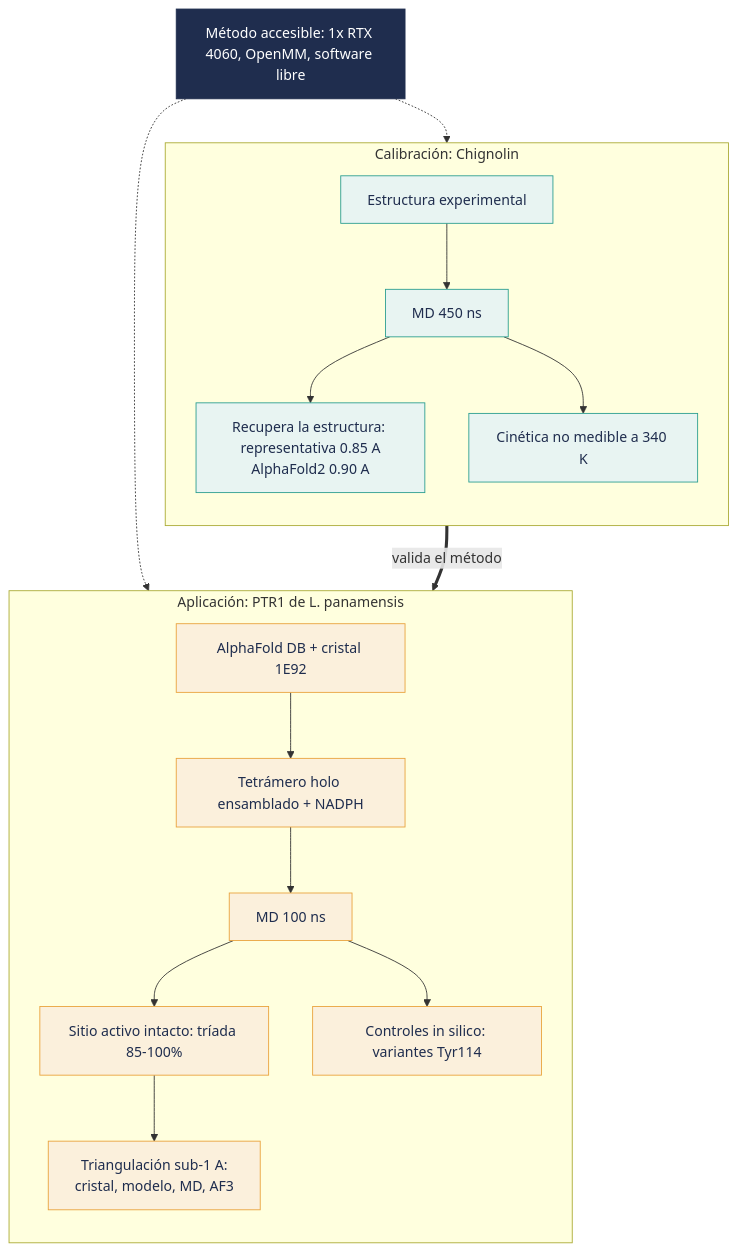
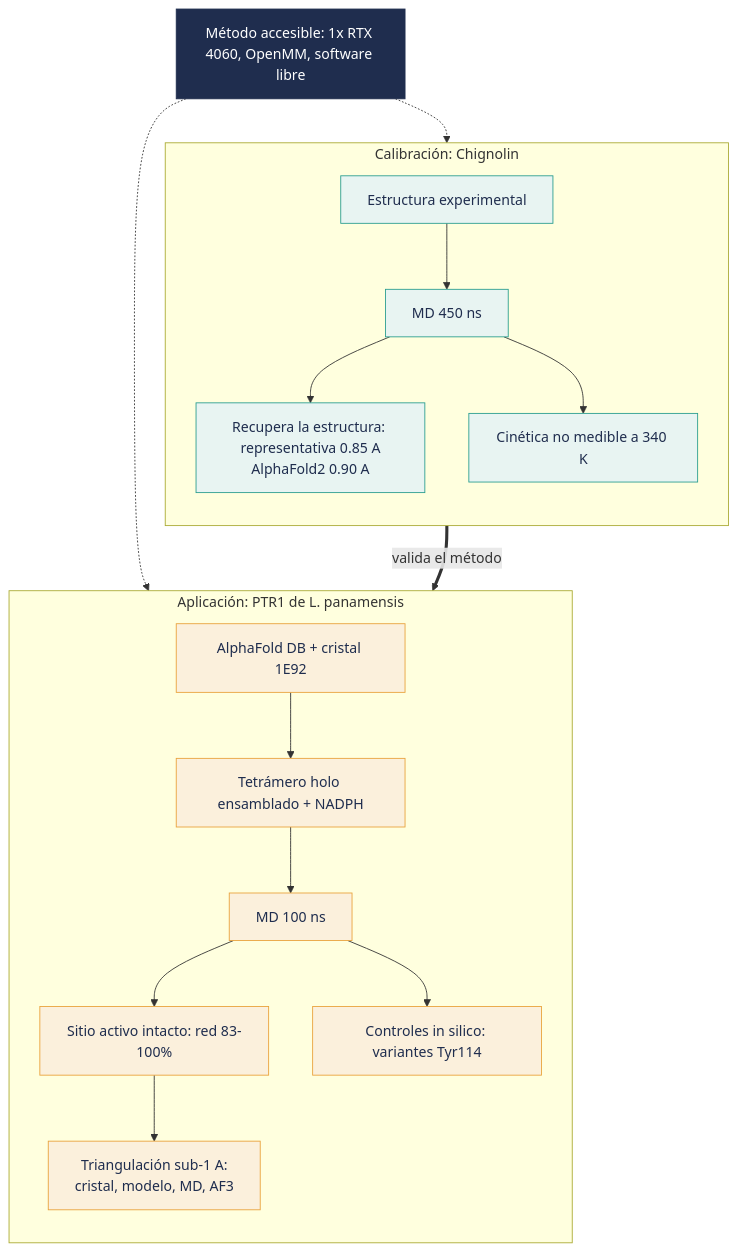
The diagram in README.md (cpu-16/ptr1-leishmania-md-gpu), drawn with Mermaid before and after one commit. The commit also changed other lines of this file, not shown here.

Commit message:
Precisa la metrica del sitio activo: red de contactos (sustrato, cofactor, Tyr194/Lys198), no la triada catalitica, ya que el Asp181 no se midio

````diff
--- a/README.md
+++ b/README.md
@@ -44,31 +44,31 @@
 ```mermaid
 flowchart TB
     MET["Método accesible: 1x RTX 4060, OpenMM, software libre"]
 
     subgraph CAL["Calibración: Chignolin"]
         direction TB
         C1["Estructura experimental"] --> C2["MD 450 ns"]
         C2 --> C3["Recupera la estructura: representativa 0.85 A<br/>AlphaFold2 0.90 A"]
         C2 --> C4["Cinética no medible a 340 K"]
     end
 
     subgraph APP["Aplicación: PTR1 de L. panamensis"]
         direction TB
         P1["AlphaFold DB + cristal 1E92"] --> P2["Tetrámero holo ensamblado + NADPH"]
         P2 --> P3["MD 100 ns"]
-        P3 --> P4["Sitio activo intacto: tríada 85-100%"]
+        P3 --> P4["Sitio activo intacto: red 83-100%"]
         P3 --> P5["Controles in silico: variantes Tyr114"]
         P4 --> P6["Triangulación sub-1 A:<br/>cristal, modelo, MD, AF3"]
     end
 
     MET -.-> CAL
     MET -.-> APP
     CAL ==>|valida el método| APP
 
     classDef cal fill:#E8F4F2,stroke:#2A9D8F,color:#1F2D4E;
     classDef app fill:#FBF0DC,stroke:#E9A23B,color:#1F2D4E;
     classDef met fill:#1F2D4E,stroke:#1F2D4E,color:#FFFFFF;
     class C1,C2,C3,C4 cal;
     class P1,P2,P3,P4,P5,P6 app;
     class MET met;
 ```
````
